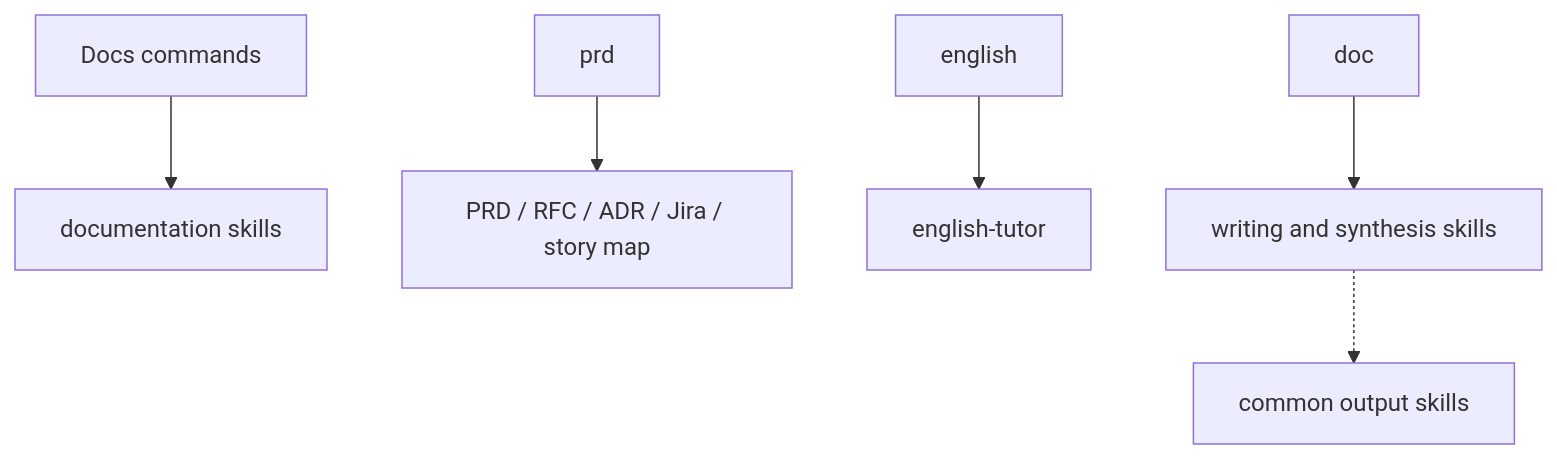
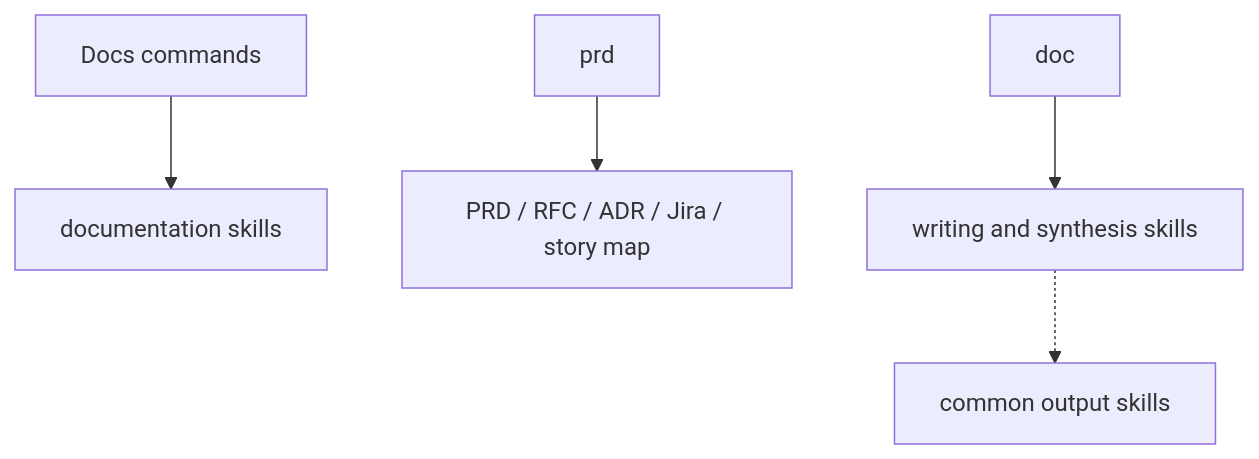
The diagram in domains/docs/README.md (andresnator/agents-orchestrator), drawn with Mermaid before and after one commit. The commit also changed other lines of this file and 20 other files, not shown here.

````diff
--- a/domains/docs/README.md
+++ b/domains/docs/README.md
@@ -31,8 +28,7 @@
 ```mermaid
 graph TD
   commands[Docs commands] --> docs[documentation skills]
   prd[prd] --> product[PRD / RFC / ADR / Jira / story map]
-  english[english] --> tutor[english-tutor]
   doc[doc] --> writing[writing and synthesis skills]
   writing -.-> common[common output skills]
 ```
````
